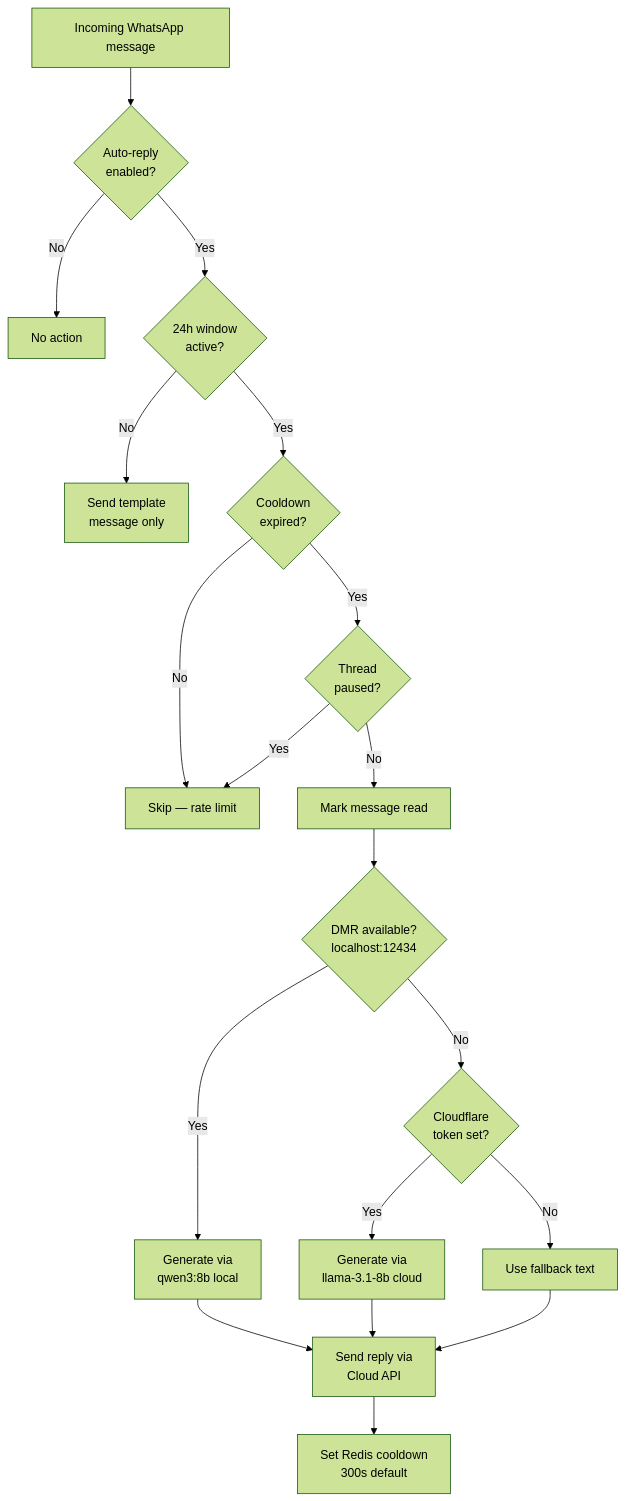
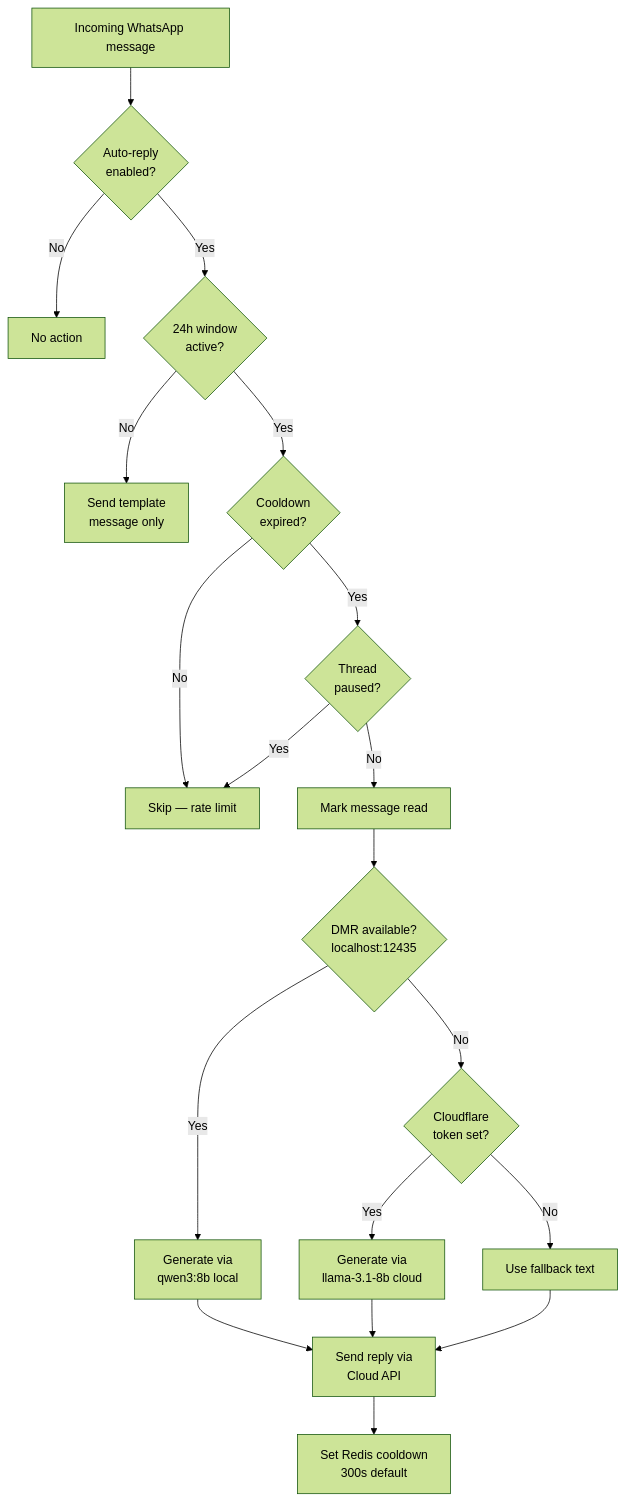
The seventh of 10 diagrams in .devin/skills/whatsapp-platform/ARCHITECTURE.md (Themis128/cu130-slim), drawn with Mermaid (forest theme) before and after one commit. The commit also changed other lines of this file and 19 other files, not shown here.

````diff
--- a/.devin/skills/whatsapp-platform/ARCHITECTURE.md
+++ b/.devin/skills/whatsapp-platform/ARCHITECTURE.md
@@ -241,21 +241,21 @@
 ```mermaid
 flowchart TD
     MSG[Incoming WhatsApp message] --> CHECK1{Auto-reply<br/>enabled?}
     CHECK1 -->|No| END1[No action]
     CHECK1 -->|Yes| CHECK2{24h window<br/>active?}
     CHECK2 -->|No| TPL[Send template<br/>message only]
     CHECK2 -->|Yes| CHECK3{Cooldown<br/>expired?}
     CHECK3 -->|No| SKIP[Skip — rate limit]
     CHECK3 -->|Yes| CHECK4{Thread<br/>paused?}
     CHECK4 -->|Yes| SKIP
     CHECK4 -->|No| READ[Mark message read]
-    READ --> DMR{DMR available?<br/>localhost:12434}
+    READ --> DMR{DMR available?<br/>localhost:12435}
     DMR -->|Yes| GEN1[Generate via<br/>qwen3:8b local]
     DMR -->|No| CF{Cloudflare<br/>token set?}
     CF -->|Yes| GEN2[Generate via<br/>llama-3.1-8b cloud]
     CF -->|No| FALL[Use fallback text]
     GEN1 --> SEND[Send reply via<br/>Cloud API]
     GEN2 --> SEND
     FALL --> SEND
     SEND --> COOLDOWN[Set Redis cooldown<br/>300s default]
 ```
````
